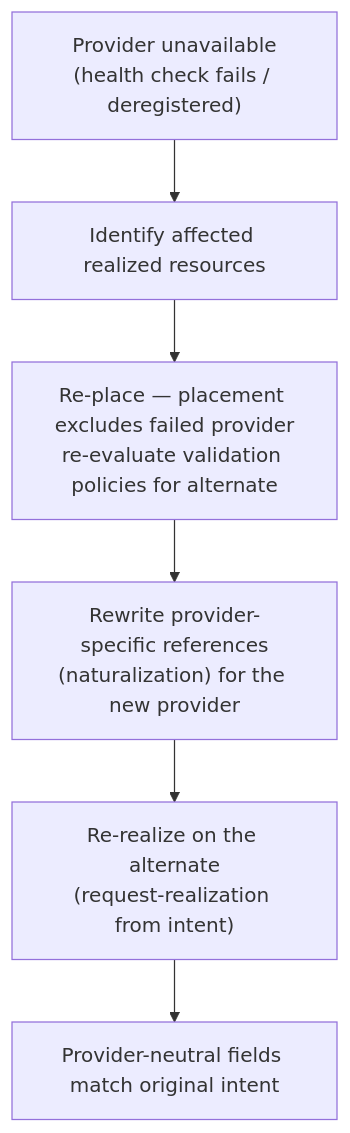
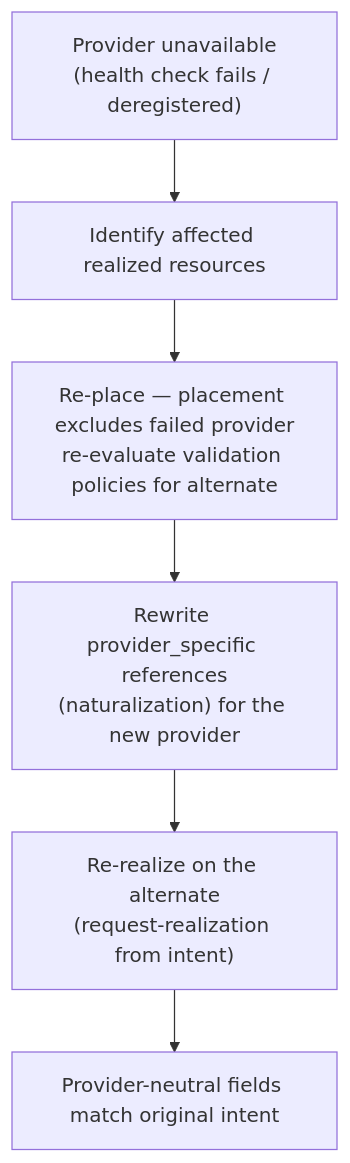
Before and after one commit to croadfeldt/udlm: the diagram in docs/flows/uc-18-provider-portable-rebuild.md, drawn with Mermaid. The commit also changed other lines of this file and 204 other files, not shown here.

First line of the commit message:
Record-schema values to snake_case (#657, row 120)

````diff
--- a/docs/flows/uc-18-provider-portable-rebuild.md
+++ b/docs/flows/uc-18-provider-portable-rebuild.md
@@ -30,8 +30,8 @@
 ```mermaid
 flowchart TD
   F["Provider unavailable<br/>(health check fails / deregistered)"] --> A["Identify affected realized resources"]
   A --> P["Re-place — placement excludes failed provider<br/>re-evaluate validation policies for alternate"]
-  P --> RW["Rewrite provider-specific references<br/>(naturalization) for the new provider"]
+  P --> RW["Rewrite provider_specific references<br/>(naturalization) for the new provider"]
   RW --> RR["Re-realize on the alternate<br/>(request-realization from intent)"]
   RR --> V["Provider-neutral fields match original intent"]
 ```
````
